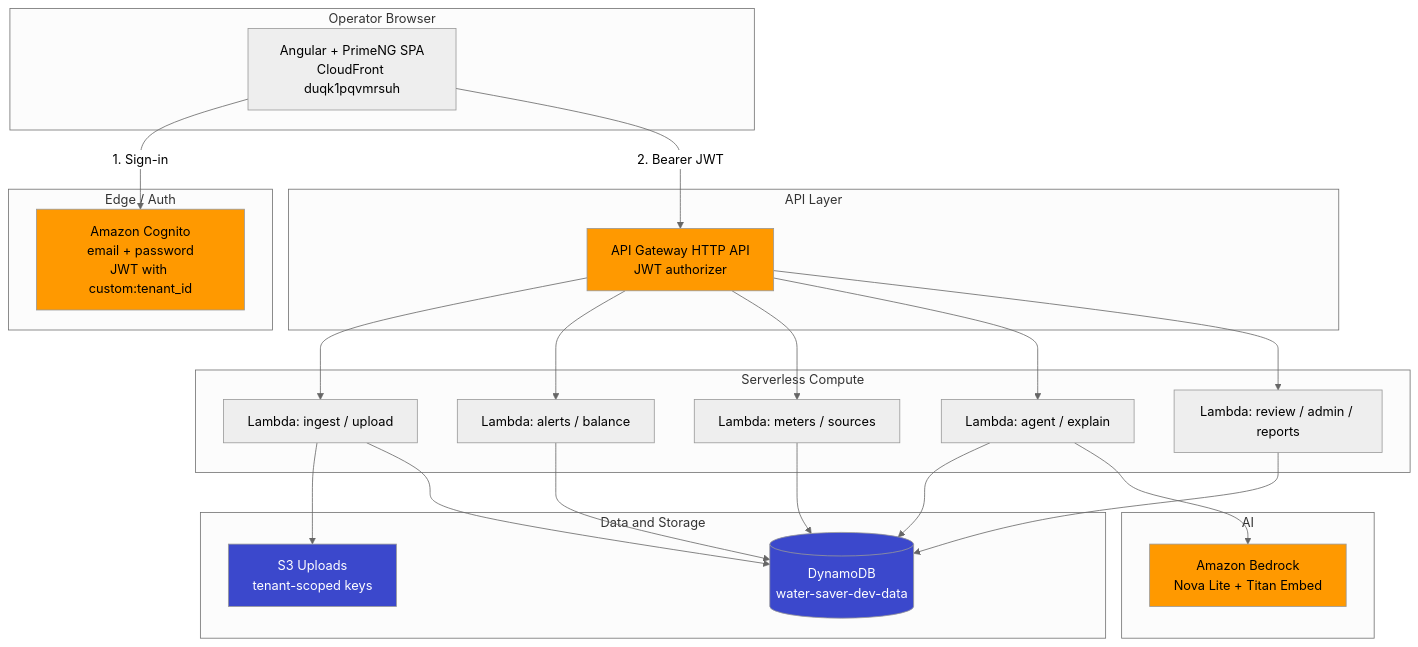
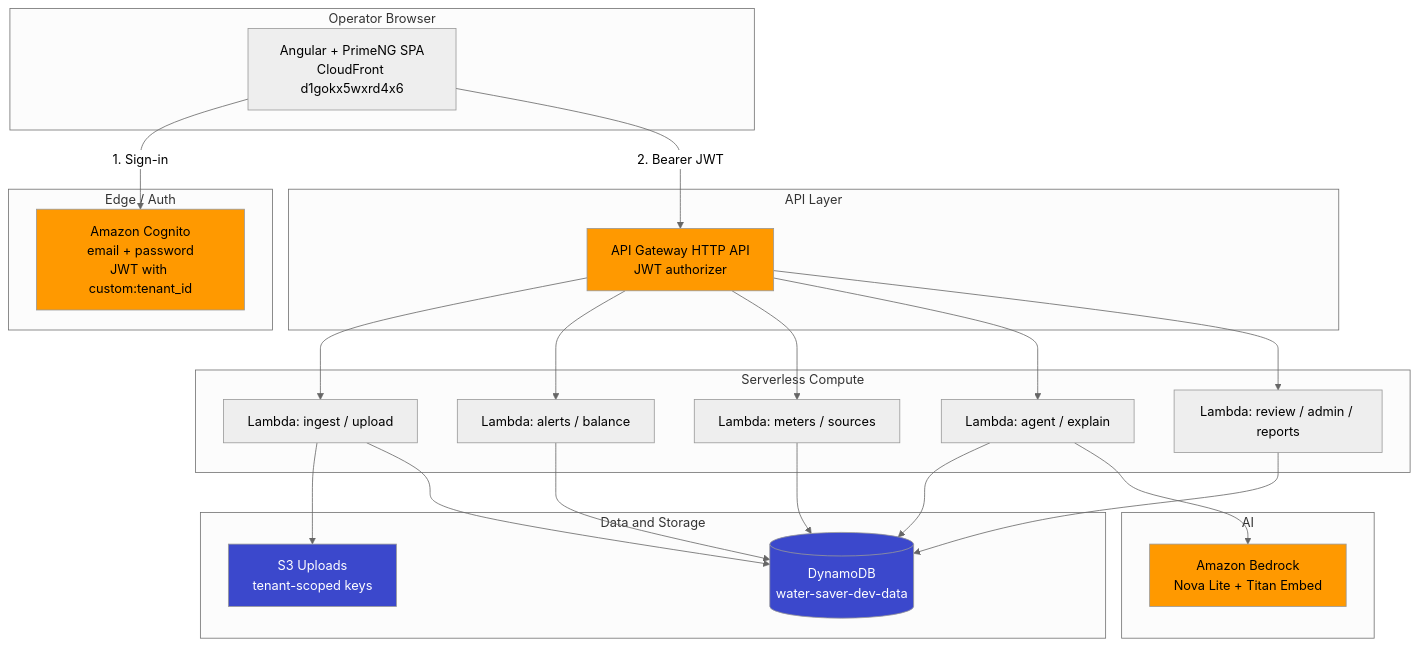
The diagram in docs/diagrams/01-aws-product-flow.mmd (Bigessfour/Colorado_Rural_Water), drawn with Mermaid (neutral theme) before and after one commit. The commit also changed 11 other files, not shown here.

```diff
--- a/docs/diagrams/01-aws-product-flow.mmd
+++ b/docs/diagrams/01-aws-product-flow.mmd
@@ -1,51 +1,51 @@
 %% Assessment III — AWS product flow (primary architecture)
 flowchart TB
   subgraph Client["Operator Browser"]
-    SPA[Angular + PrimeNG SPA<br/>CloudFront duqk1pqvmrsuh]
+    SPA[Angular + PrimeNG SPA<br/>CloudFront d1gokx5wxrd4x6]
   end
 
   subgraph Edge["Edge / Auth"]
     COG[Amazon Cognito<br/>email + password<br/>JWT with custom:tenant_id]
   end
 
   subgraph API["API Layer"]
     APIGW[API Gateway HTTP API<br/>JWT authorizer]
   end
 
   subgraph Compute["Serverless Compute"]
     L1[Lambda: ingest / upload]
     L2[Lambda: alerts / balance]
     L3[Lambda: meters / sources]
     L4[Lambda: agent / explain]
     L5[Lambda: review / admin / reports]
   end
 
   subgraph Data["Data and Storage"]
     S3[S3 Uploads<br/>tenant-scoped keys]
     DDB[(DynamoDB<br/>water-saver-dev-data)]
   end
 
   subgraph AI["AI"]
     BR[Amazon Bedrock<br/>Nova Lite + Titan Embed]
   end
 
   SPA -->|1. Sign-in| COG
   SPA -->|2. Bearer JWT| APIGW
   APIGW --> L1
   APIGW --> L2
   APIGW --> L3
   APIGW --> L4
   APIGW --> L5
   L1 --> S3
   L1 --> DDB
   L2 --> DDB
   L3 --> DDB
   L4 --> DDB
   L5 --> DDB
   L4 --> BR
 
   style COG fill:#ff9900,color:#000
   style APIGW fill:#ff9900,color:#000
   style BR fill:#ff9900,color:#000
   style DDB fill:#3b48cc,color:#fff
   style S3 fill:#3b48cc,color:#fff
```
